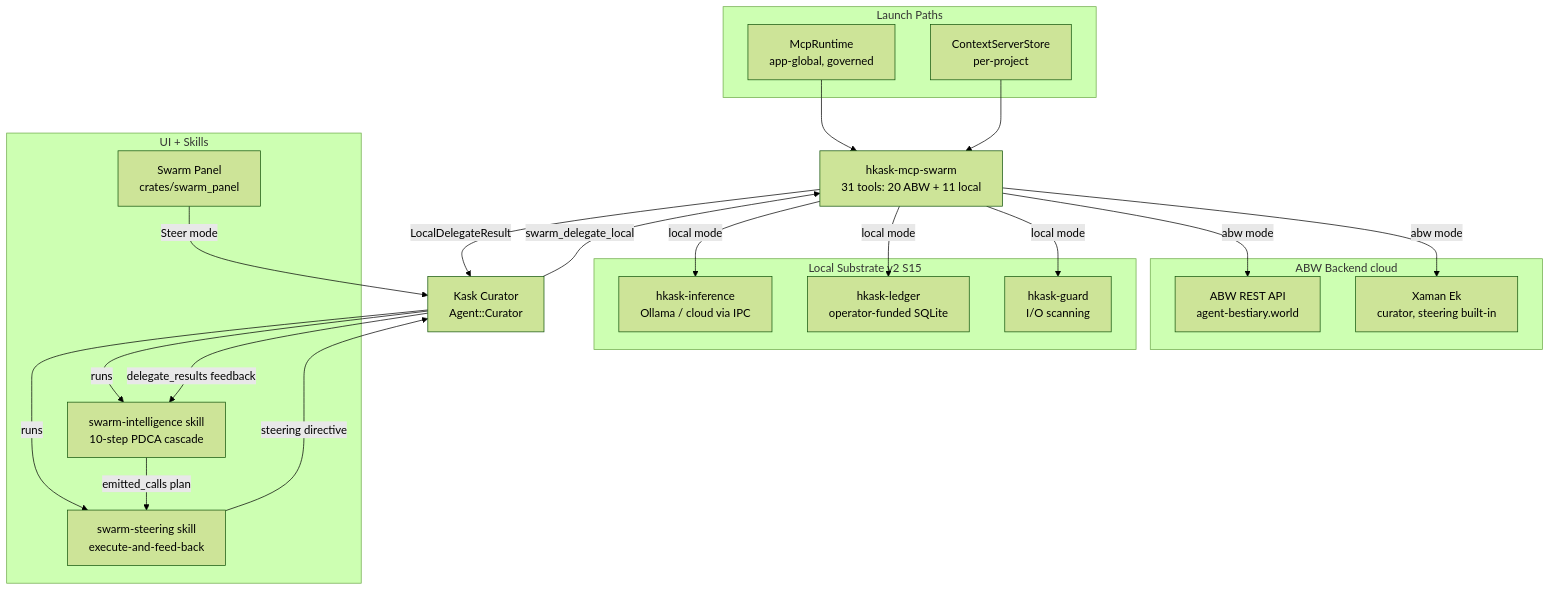
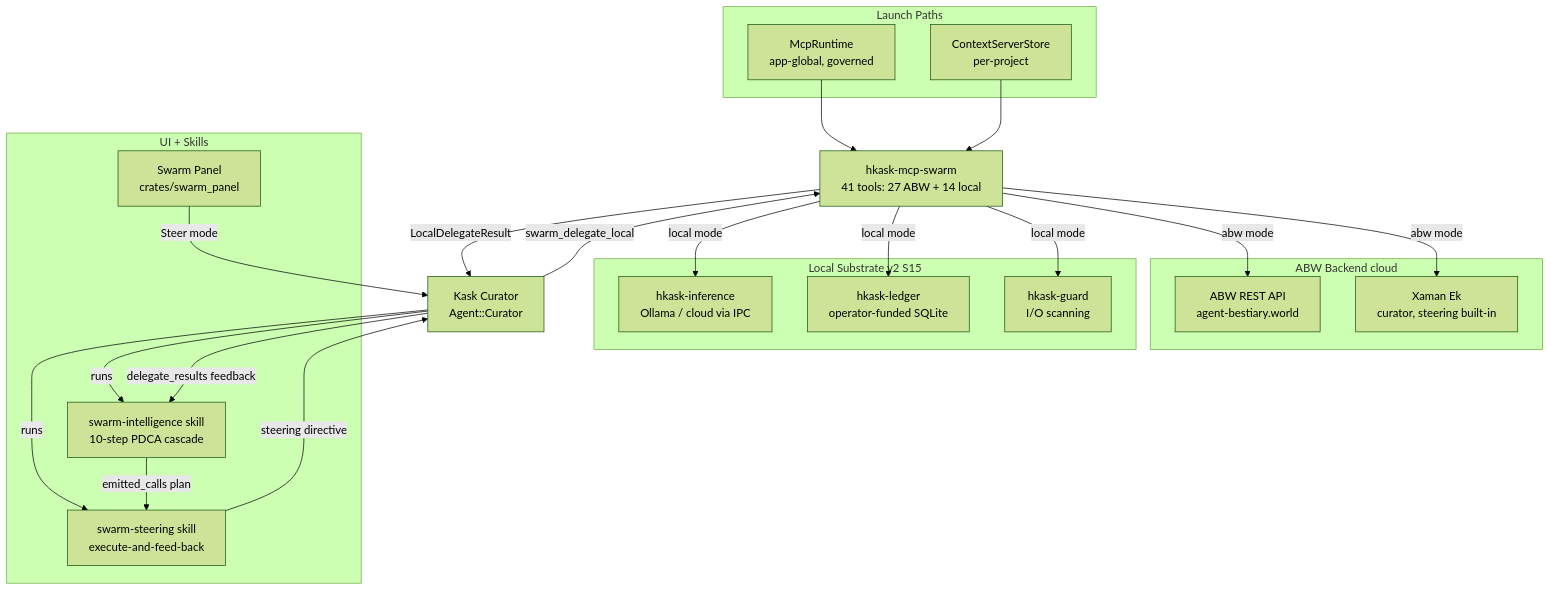
One commit to mdz-axo/zed-kask changed the diagram in kask/docs/diagrams/flowchart-swarm-architecture.md. Above: the diagram before and after it, drawn with Mermaid (forest theme). The commit also changed other lines of this file and 12 other files, not shown here.

````diff
--- a/kask/docs/diagrams/flowchart-swarm-architecture.md
+++ b/kask/docs/diagrams/flowchart-swarm-architecture.md
@@ -5,41 +5,41 @@
 ```mermaid
 flowchart TD
     subgraph launch[Launch Paths]
         MR[McpRuntime<br/>app-global, governed]
         CS[ContextServerStore<br/>per-project]
     end
-    SWARM[hkask-mcp-swarm<br/>31 tools: 20 ABW + 11 local]
+    SWARM[hkask-mcp-swarm<br/>41 tools: 27 ABW + 14 local]
     MR --> SWARM
     CS --> SWARM
 
     subgraph abw[ABW Backend cloud]
         ABW_API[ABW REST API<br/>agent-bestiary.world]
         XAMAN[Xaman Ek<br/>curator, steering built-in]
     end
 
     subgraph local[Local Substrate v2 S15]
         INF[hkask-inference<br/>Ollama / cloud via IPC]
         LEDGER[hkask-ledger<br/>operator-funded SQLite]
         GUARD[hkask-guard<br/>I/O scanning]
     end
 
     SWARM -->|abw mode| ABW_API
     SWARM -->|abw mode| XAMAN
     SWARM -->|local mode| INF
     SWARM -->|local mode| LEDGER
     SWARM -->|local mode| GUARD
 
     subgraph ui[UI + Skills]
         PANEL[Swarm Panel<br/>crates/swarm_panel]
         SI[swarm-intelligence skill<br/>10-step PDCA cascade]
         SS[swarm-steering skill<br/>execute-and-feed-back]
     end
     PANEL -->|Steer mode| CURATOR[Kask Curator<br/>Agent::Curator]
     CURATOR -->|runs| SI
     CURATOR -->|runs| SS
     SI -->|emitted_calls plan| SS
     SS -->|steering directive| CURATOR
     CURATOR -->|swarm_delegate_local| SWARM
     SWARM -->|LocalDelegateResult| CURATOR
     CURATOR -->|delegate_results feedback| SI
 ```
````
